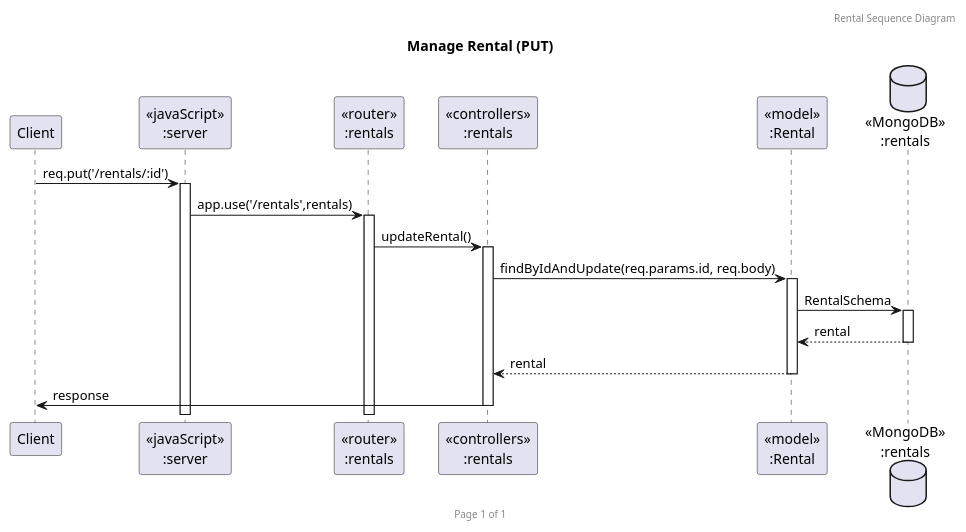
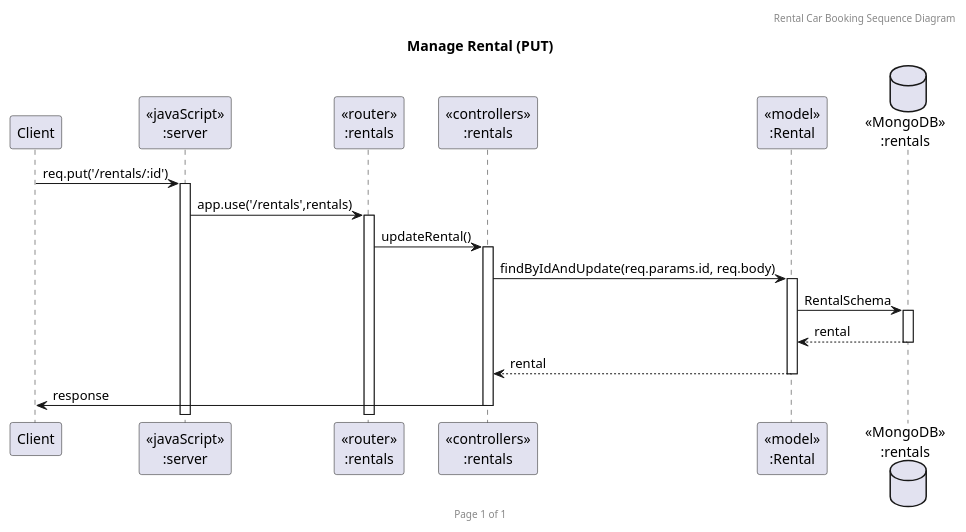
Before and after one commit to konglol524/BanDekDek-Backend: the diagram in UML/sequenceDiagram/Rental/PUT.puml, drawn with PlantUML. The commit also changed 9 other files, not shown here.

Commit message:
Renamed Header In Diagram

```diff
--- a/UML/sequenceDiagram/Rental/PUT.puml
+++ b/UML/sequenceDiagram/Rental/PUT.puml
@@ -1,23 +1,23 @@
 @startuml Manage Rental (PUT)
 
-header Rental Sequence Diagram
+header Rental Car Booking Sequence Diagram
 footer Page %page% of %lastpage%
 title "Manage Rental (PUT)"
 
 participant "Client" as client
 participant "<<javaScript>>\n:server" as server
 participant "<<router>>\n:rentals" as routerRentals
 participant "<<controllers>>\n:rentals" as controllersRentals
 participant "<<model>>\n:Rental" as modelRental
 database "<<MongoDB>>\n:rentals" as RentalsDatabase
 
 client->server ++:req.put('/rentals/:id')
 server->routerRentals ++:app.use('/rentals',rentals)
 routerRentals -> controllersRentals ++:updateRental()
 controllersRentals->modelRental ++:findByIdAndUpdate(req.params.id, req.body)
 modelRental ->RentalsDatabase ++: RentalSchema
 RentalsDatabase --> modelRental --: rental
 controllersRentals <-- modelRental --:rental
 controllersRentals->client --:response
 
 @enduml
```
